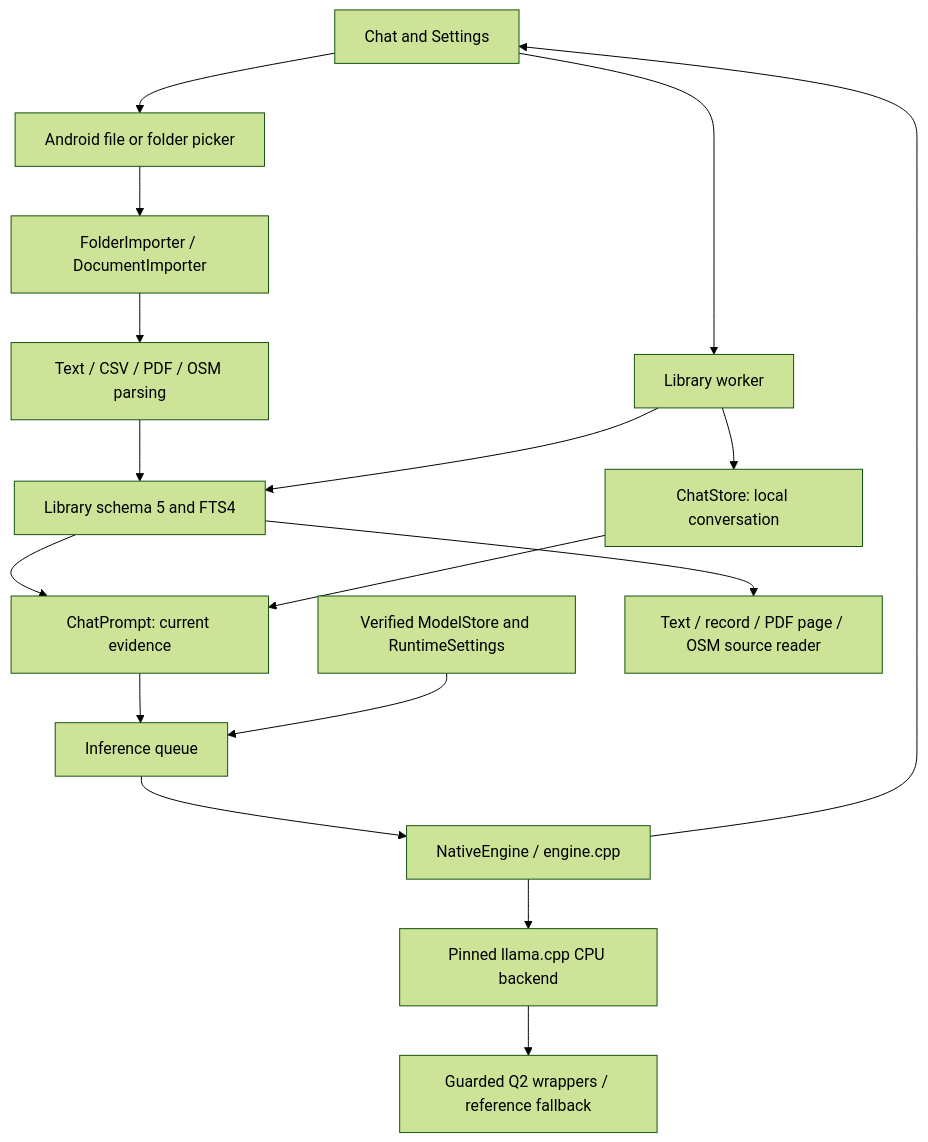
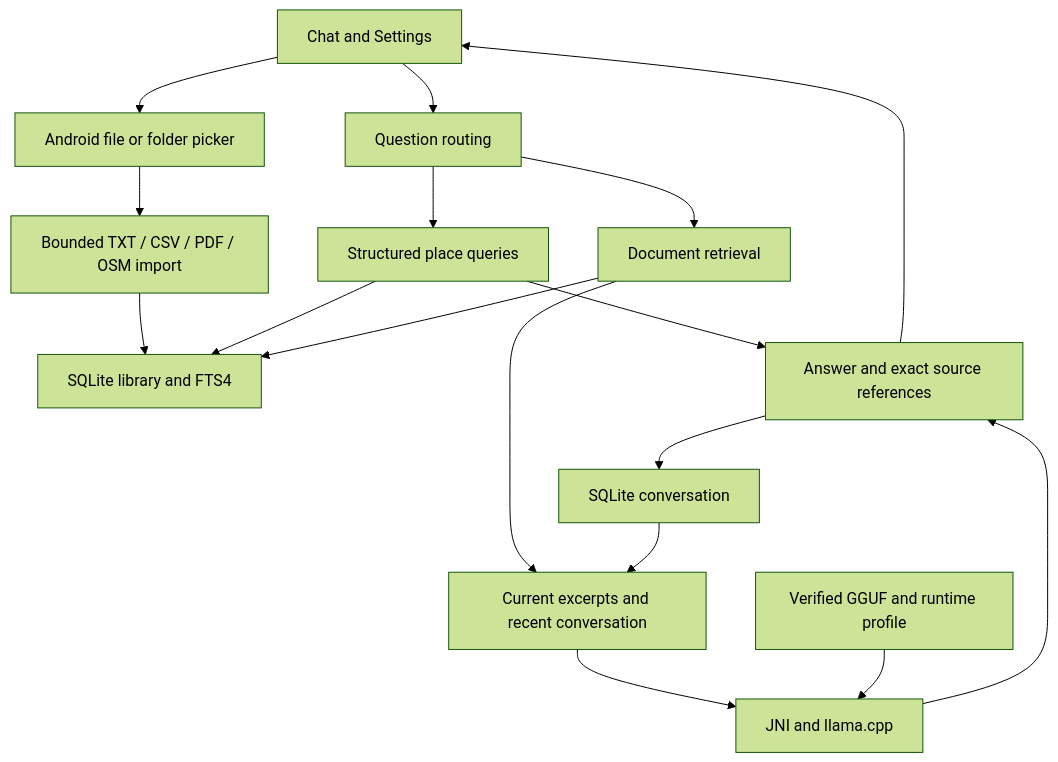
Before and after one commit to nicoarias81/outpost: the diagram in docs/architecture.md, drawn with Mermaid (forest theme). The commit also changed other lines of this file and 84 other files, not shown here.

````diff
--- a/docs/architecture.md
+++ b/docs/architecture.md
@@ -7,19 +5,19 @@
 ```mermaid
 flowchart TD
-    UI[Chat and Settings] --> W[Library worker]
-    UI --> SAF[Android file or folder picker]
-    SAF --> F[FolderImporter / DocumentImporter]
-    F --> P[Text / CSV / PDF / OSM parsing]
-    P --> L[Library schema 5 and FTS4]
-    W --> L
-    W --> CS[ChatStore: local conversation]
-    L --> CP[ChatPrompt: current evidence]
-    CS --> CP
-    CP --> IQ[Inference queue]
-    MS[Verified ModelStore and RuntimeSettings] --> IQ
-    IQ --> JNI[NativeEngine / engine.cpp]
-    JNI --> LL[Pinned llama.cpp CPU backend]
-    LL --> Q[Guarded Q2 wrappers / reference fallback]
-    JNI --> UI
-    L --> SR[Text / record / PDF page / OSM source reader]
+    UI[Chat and Settings] --> Import[Android file or folder picker]
+    Import --> Parse[Bounded TXT / CSV / PDF / OSM import]
+    Parse --> DB[SQLite library and FTS4]
+    UI --> Route[Question routing]
+    Route --> Places[Structured place queries]
+    Places --> DB
+    Places --> Answer[Answer and exact source references]
+    Route --> Retrieve[Document retrieval]
+    Retrieve --> DB
+    Retrieve --> Prompt[Current excerpts and recent conversation]
+    Chat[SQLite conversation] --> Prompt
+    Prompt --> Native[JNI and llama.cpp]
+    Model[Verified GGUF and runtime profile] --> Native
+    Native --> Answer
+    Answer --> UI
+    Answer --> Chat
 ```
````
